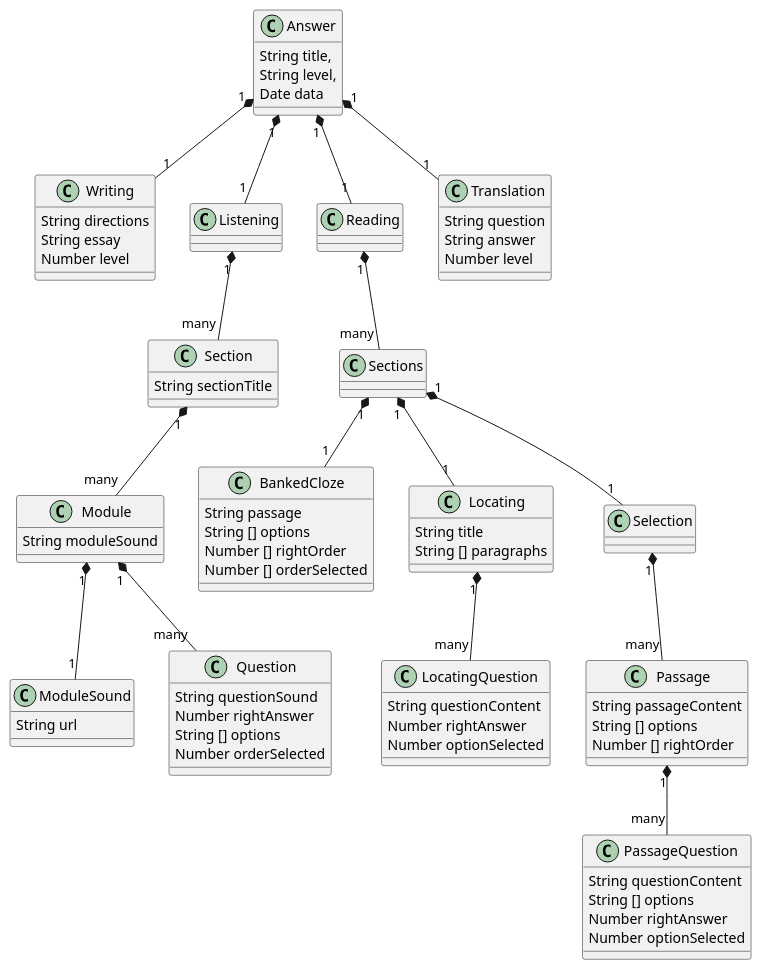
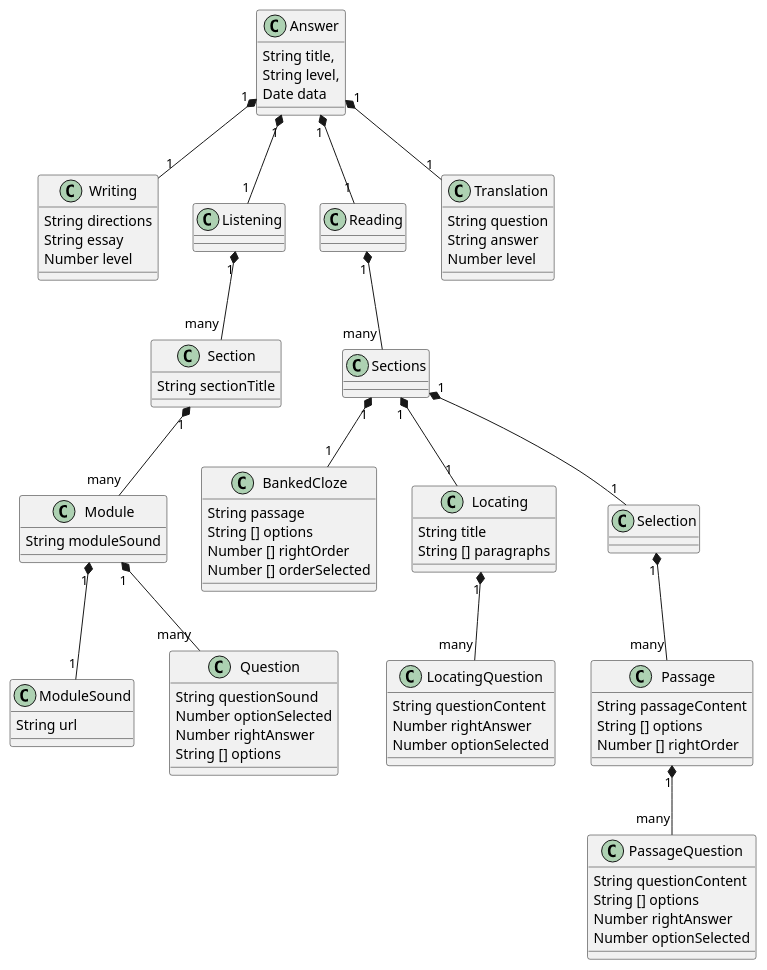
The fifth of 15 diagrams in cetutor.md (ringoyungpo/cetutor-doc), drawn with PlantUML before and after one commit. The commit also changed other lines of this file and 2 other files, not shown here.

```diff
--- a/cetutor.md
+++ b/cetutor.md
@@ -459,9 +458,10 @@
 
 class Question {
 	String questionSound
+	Number optionSelected
 	Number rightAnswer
 	String [] options
-	Number orderSelected
+	
 }
 
 class Reading {
```
